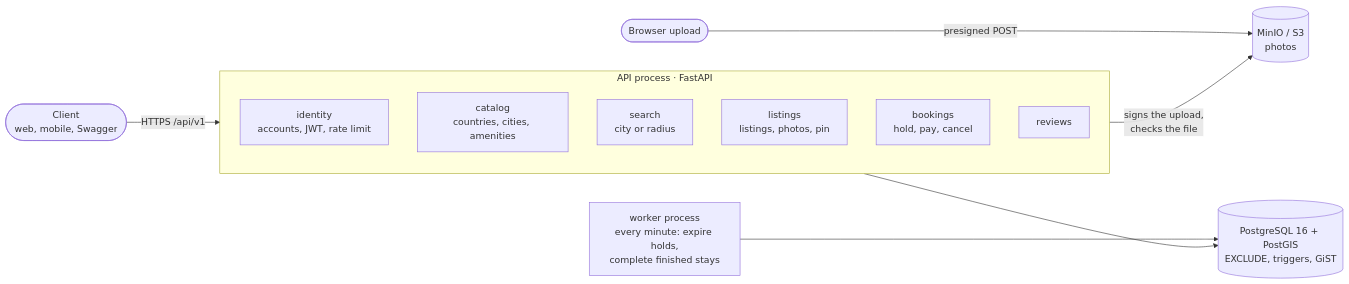
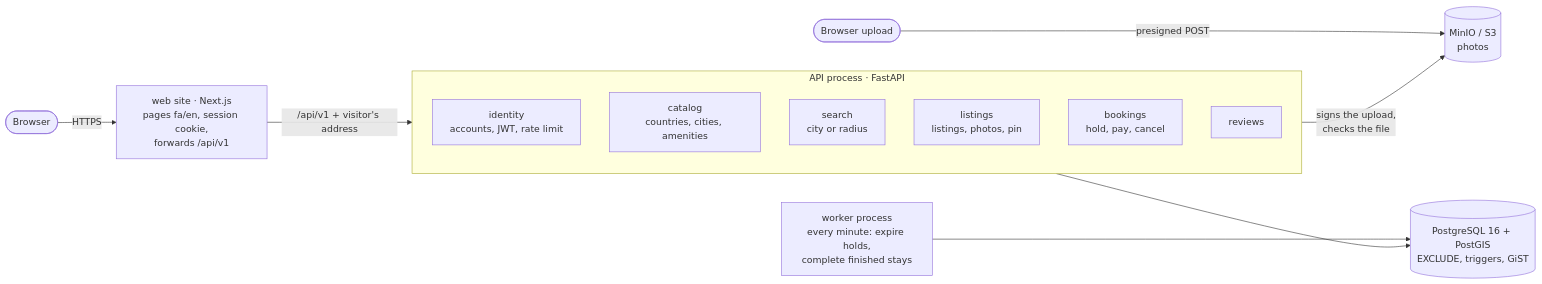
One commit to zianazari/Caravansara changed the diagram in docs/images/readme/diagrams/architecture.mmd. Above: the diagram before and after it, drawn with Mermaid. The commit also changed 174 other files, not shown here.

```diff
--- a/docs/images/readme/diagrams/architecture.mmd
+++ b/docs/images/readme/diagrams/architecture.mmd
@@ -1,23 +1,25 @@
 flowchart LR
-    client(["Client<br/>web, mobile, Swagger"])
+    client(["Browser"])
+    web["web site · Next.js<br/>pages fa/en, session cookie,<br/>forwards /api/v1"]
     browser(["Browser upload"])
 
     subgraph api["API process · FastAPI"]
         direction TB
         identity["identity<br/>accounts, JWT, rate limit"]
         catalog["catalog<br/>countries, cities, amenities"]
         search["search<br/>city or radius"]
         listings["listings<br/>listings, photos, pin"]
         bookings["bookings<br/>hold, pay, cancel"]
         reviews["reviews"]
     end
 
     worker["worker process<br/>every minute: expire holds,<br/>complete finished stays"]
     db[("PostgreSQL 16 + PostGIS<br/>EXCLUDE, triggers, GiST")]
     s3[("MinIO / S3<br/>photos")]
 
-    client -- "HTTPS /api/v1" --> api
+    client -- "HTTPS" --> web
+    web -- "/api/v1 + visitor's address" --> api
     api --> db
     worker --> db
     browser -- "presigned POST" --> s3
     listings -- "signs the upload,<br/>checks the file" --> s3
```
